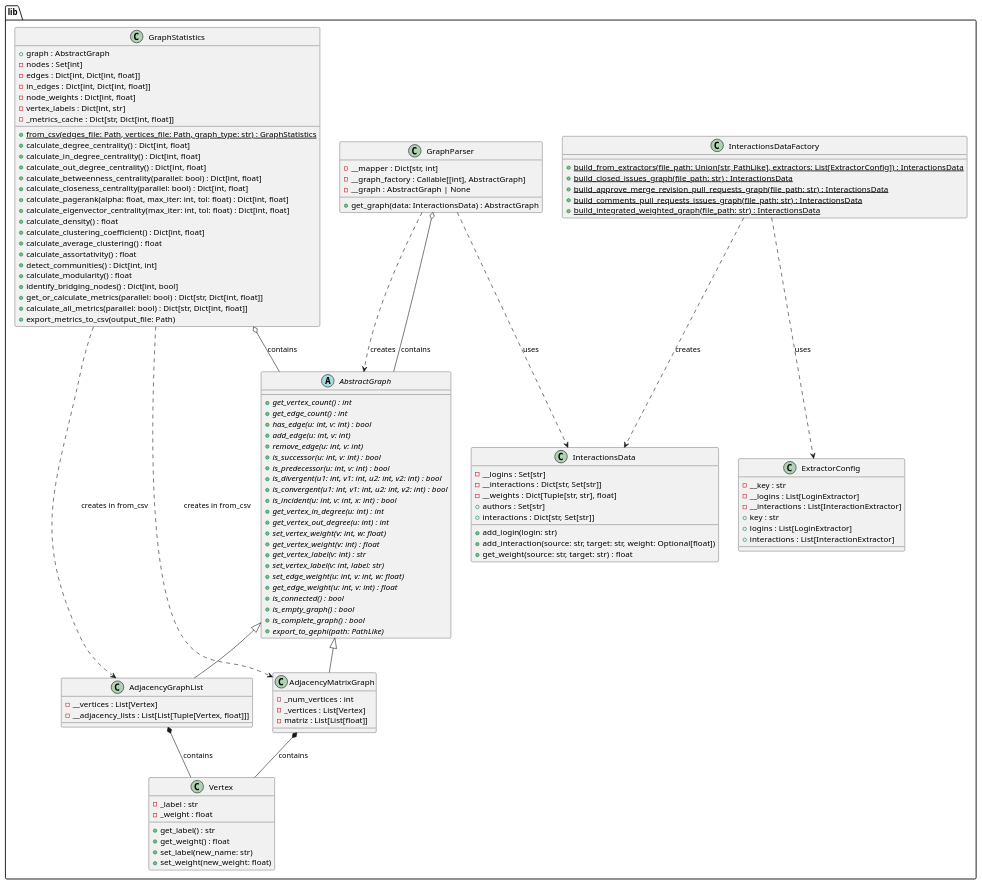
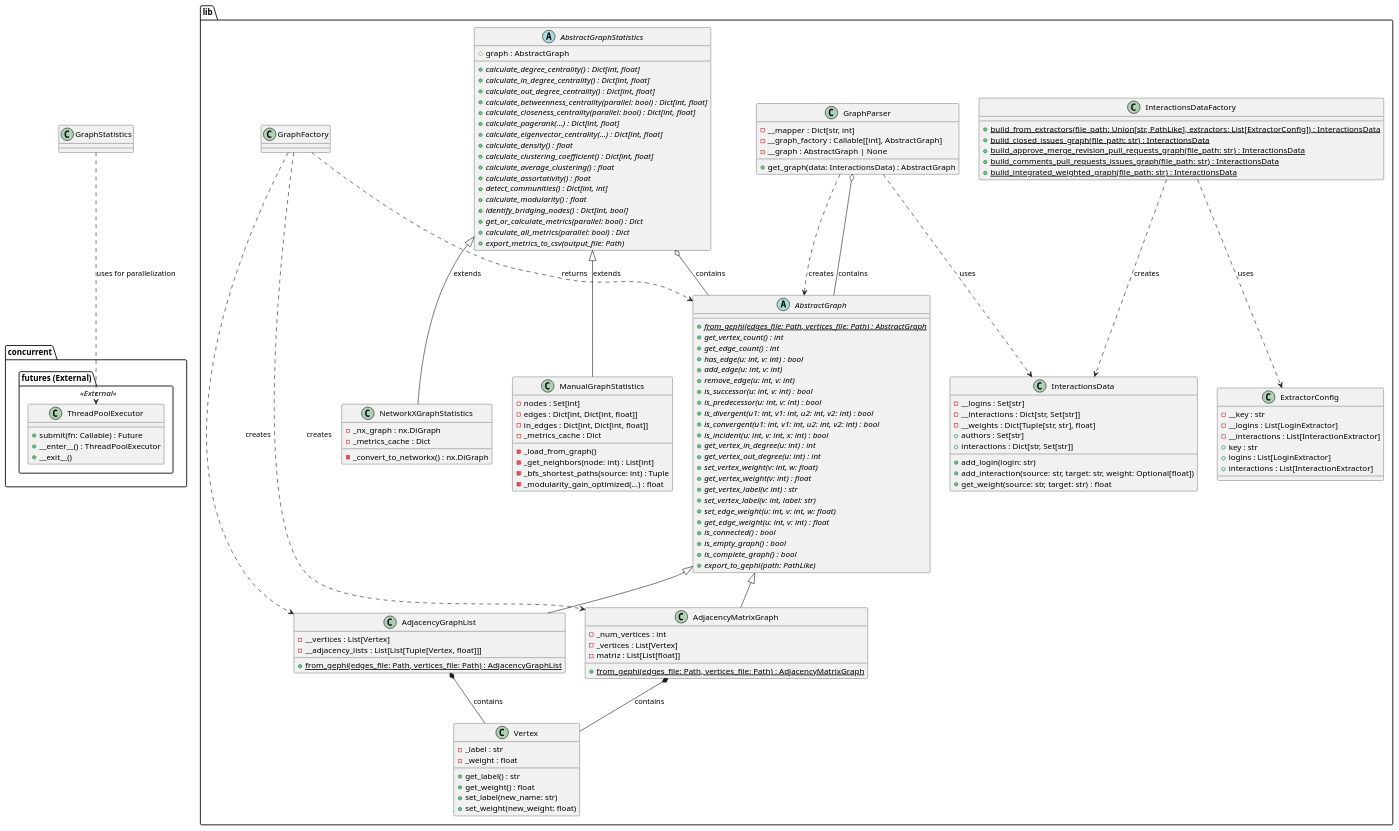
Before and after one commit to BGLuis/Trabalho-pratico-grafos: the diagram in docs/class/lib.puml, drawn with PlantUML. The commit also changed 12 other files, not shown here.

Commit message:
feat: networkx statistics

```diff
--- a/docs/class/lib.puml
+++ b/docs/class/lib.puml
@@ -1,129 +1,156 @@
 @startuml lib_class_diagram
 
 package lib {
     abstract class AbstractGraph {
+        + {abstract} {static} from_gephi(edges_file: Path, vertices_file: Path) : AbstractGraph
         + {abstract} get_vertex_count() : int
         + {abstract} get_edge_count() : int
         + {abstract} has_edge(u: int, v: int) : bool
         + {abstract} add_edge(u: int, v: int)
         + {abstract} remove_edge(u: int, v: int)
         + {abstract} is_successor(u: int, v: int) : bool
         + {abstract} is_predecessor(u: int, v: int) : bool
         + {abstract} is_divergent(u1: int, v1: int, u2: int, v2: int) : bool
         + {abstract} is_convergent(u1: int, v1: int, u2: int, v2: int) : bool
         + {abstract} is_incident(u: int, v: int, x: int) : bool
         + {abstract} get_vertex_in_degree(u: int) : int
         + {abstract} get_vertex_out_degree(u: int) : int
         + {abstract} set_vertex_weight(v: int, w: float)
         + {abstract} get_vertex_weight(v: int) : float
         + {abstract} get_vertex_label(v: int) : str
         + {abstract} set_vertex_label(v: int, label: str)
         + {abstract} set_edge_weight(u: int, v: int, w: float)
         + {abstract} get_edge_weight(u: int, v: int) : float
         + {abstract} is_connected() : bool
         + {abstract} is_empty_graph() : bool
         + {abstract} is_complete_graph() : bool
         + {abstract} export_to_gephi(path: PathLike)
     }
 
     class Vertex {
         - _label : str
         - _weight : float
         + get_label() : str
         + get_weight() : float
         + set_label(new_name: str)
         + set_weight(new_weight: float)
     }
 
     class AdjacencyGraphList {
         - __vertices : List[Vertex]
         - __adjacency_lists : List[List[Tuple[Vertex, float]]]
+        + {static} from_gephi(edges_file: Path, vertices_file: Path) : AdjacencyGraphList
     }
 
     class AdjacencyMatrixGraph {
         - _num_vertices : int
         - _vertices : List[Vertex]
         - matriz : List[List[float]]
+        + {static} from_gephi(edges_file: Path, vertices_file: Path) : AdjacencyMatrixGraph
     }
 
     class ExtractorConfig {
         - __key : str
         - __logins : List[LoginExtractor]
         - __interactions : List[InteractionExtractor]
         + key : str
         + logins : List[LoginExtractor]
         + interactions : List[InteractionExtractor]
     }
 
     class InteractionsData {
         - __logins : Set[str]
         - __interactions : Dict[str, Set[str]]
         - __weights : Dict[Tuple[str, str], float]
         + add_login(login: str)
         + add_interaction(source: str, target: str, weight: Optional[float])
         + get_weight(source: str, target: str) : float
         + authors : Set[str]
         + interactions : Dict[str, Set[str]]
     }
 
     class InteractionsDataFactory {
         + {static} build_from_extractors(file_path: Union[str, PathLike], extractors: List[ExtractorConfig]) : InteractionsData
         + {static} build_closed_issues_graph(file_path: str) : InteractionsData
         + {static} build_approve_merge_revision_pull_requests_graph(file_path: str) : InteractionsData
         + {static} build_comments_pull_requests_issues_graph(file_path: str) : InteractionsData
         + {static} build_integrated_weighted_graph(file_path: str) : InteractionsData
     }
 
     class GraphParser {
         - __mapper : Dict[str, int]
         - __graph_factory : Callable[[int], AbstractGraph]
         - __graph : AbstractGraph | None
         + get_graph(data: InteractionsData) : AbstractGraph
     }
 
-    class GraphStatistics {
-        + graph : AbstractGraph
+    abstract class AbstractGraphStatistics {
+        # graph : AbstractGraph
+        + {abstract} calculate_degree_centrality() : Dict[int, float]
+        + {abstract} calculate_in_degree_centrality() : Dict[int, float]
+        + {abstract} calculate_out_degree_centrality() : Dict[int, float]
+        + {abstract} calculate_betweenness_centrality(parallel: bool) : Dict[int, float]
+        + {abstract} calculate_closeness_centrality(parallel: bool) : Dict[int, float]
+        + {abstract} calculate_pagerank(...) : Dict[int, float]
+        + {abstract} calculate_eigenvector_centrality(...) : Dict[int, float]
+        + {abstract} calculate_density() : float
+        + {abstract} calculate_clustering_coefficient() : Dict[int, float]
+        + {abstract} calculate_average_clustering() : float
+        + {abstract} calculate_assortativity() : float
+        + {abstract} detect_communities() : Dict[int, int]
+        + {abstract} calculate_modularity() : float
+        + {abstract} identify_bridging_nodes() : Dict[int, bool]
+        + {abstract} get_or_calculate_metrics(parallel: bool) : Dict
+        + {abstract} calculate_all_metrics(parallel: bool) : Dict
+        + {abstract} export_metrics_to_csv(output_file: Path)
+    }
+
+    class ManualGraphStatistics {
         - nodes : Set[int]
         - edges : Dict[int, Dict[int, float]]
         - in_edges : Dict[int, Dict[int, float]]
-        - node_weights : Dict[int, float]
-        - vertex_labels : Dict[int, str]
-        - _metrics_cache : Dict[str, Dict[int, float]]
-        + {static} from_csv(edges_file: Path, vertices_file: Path, graph_type: str) : GraphStatistics
-        + calculate_degree_centrality() : Dict[int, float]
-        + calculate_in_degree_centrality() : Dict[int, float]
-        + calculate_out_degree_centrality() : Dict[int, float]
-        + calculate_betweenness_centrality(parallel: bool) : Dict[int, float]
-        + calculate_closeness_centrality(parallel: bool) : Dict[int, float]
-        + calculate_pagerank(alpha: float, max_iter: int, tol: float) : Dict[int, float]
-        + calculate_eigenvector_centrality(max_iter: int, tol: float) : Dict[int, float]
-        + calculate_density() : float
-        + calculate_clustering_coefficient() : Dict[int, float]
-        + calculate_average_clustering() : float
-        + calculate_assortativity() : float
-        + detect_communities() : Dict[int, int]
-        + calculate_modularity() : float
-        + identify_bridging_nodes() : Dict[int, bool]
-        + get_or_calculate_metrics(parallel: bool) : Dict[str, Dict[int, float]]
-        + calculate_all_metrics(parallel: bool) : Dict[str, Dict[int, float]]
-        + export_metrics_to_csv(output_file: Path)
+        - _metrics_cache : Dict
+        - _load_from_graph()
+        - _get_neighbors(node: int) : List[int]
+        - _bfs_shortest_paths(source: int) : Tuple
+        - _modularity_gain_optimized(...) : float
+    }
+
+    class NetworkXGraphStatistics {
+        - _nx_graph : nx.DiGraph
+        - _metrics_cache : Dict
+        - _convert_to_networkx() : nx.DiGraph
     }
 
     AbstractGraph <|-- AdjacencyGraphList
     AbstractGraph <|-- AdjacencyMatrixGraph
     AdjacencyGraphList *-- Vertex : contains
     AdjacencyMatrixGraph *-- Vertex : contains
+
+    AbstractGraphStatistics <|-- ManualGraphStatistics : extends
+    AbstractGraphStatistics <|-- NetworkXGraphStatistics : extends
+    AbstractGraphStatistics o-- AbstractGraph : contains
 
     InteractionsDataFactory ..> InteractionsData : creates
     InteractionsDataFactory ..> ExtractorConfig : uses
     
     GraphParser ..> InteractionsData : uses
     GraphParser ..> AbstractGraph : creates
     GraphParser o-- AbstractGraph : contains
 
-    GraphStatistics o-- AbstractGraph : contains
-    GraphStatistics ..> AdjacencyGraphList : creates in from_csv
-    GraphStatistics ..> AdjacencyMatrixGraph : creates in from_csv
+    GraphFactory ..> AdjacencyGraphList : creates
+    GraphFactory ..> AdjacencyMatrixGraph : creates
+    GraphFactory ..> AbstractGraph : returns
 }
 
+package "concurrent.futures (External)" <<External>> {
+    class ThreadPoolExecutor {
+        + submit(fn: Callable) : Future
+        + __enter__() : ThreadPoolExecutor
+        + __exit__()
+    }
+}
+
+GraphStatistics ..> ThreadPoolExecutor : uses for parallelization
+
 @enduml
```
